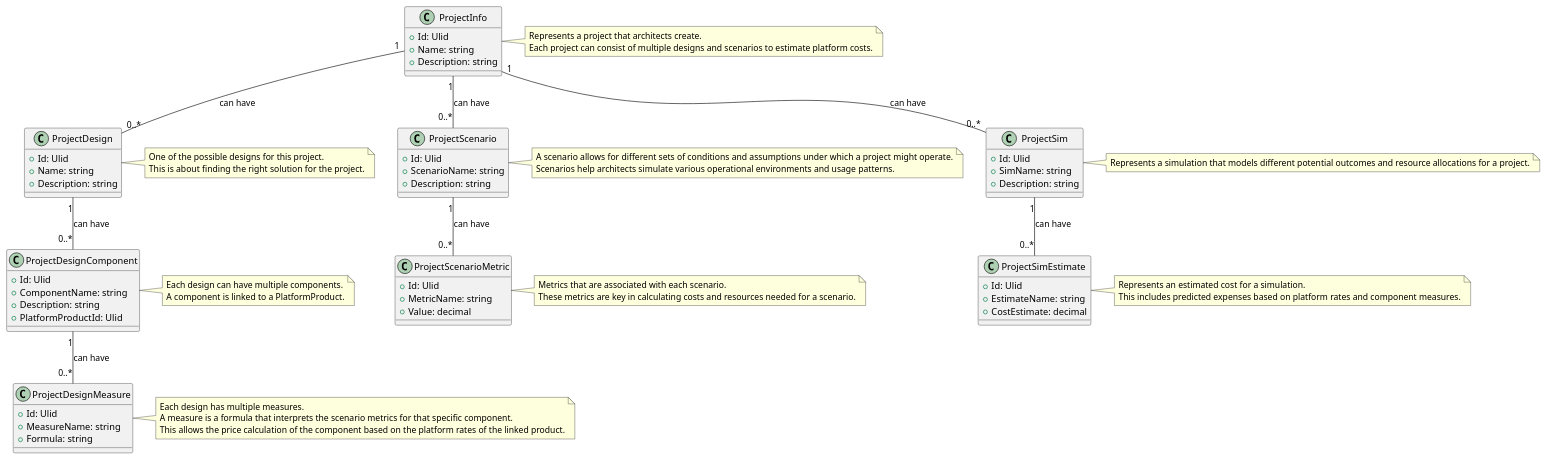
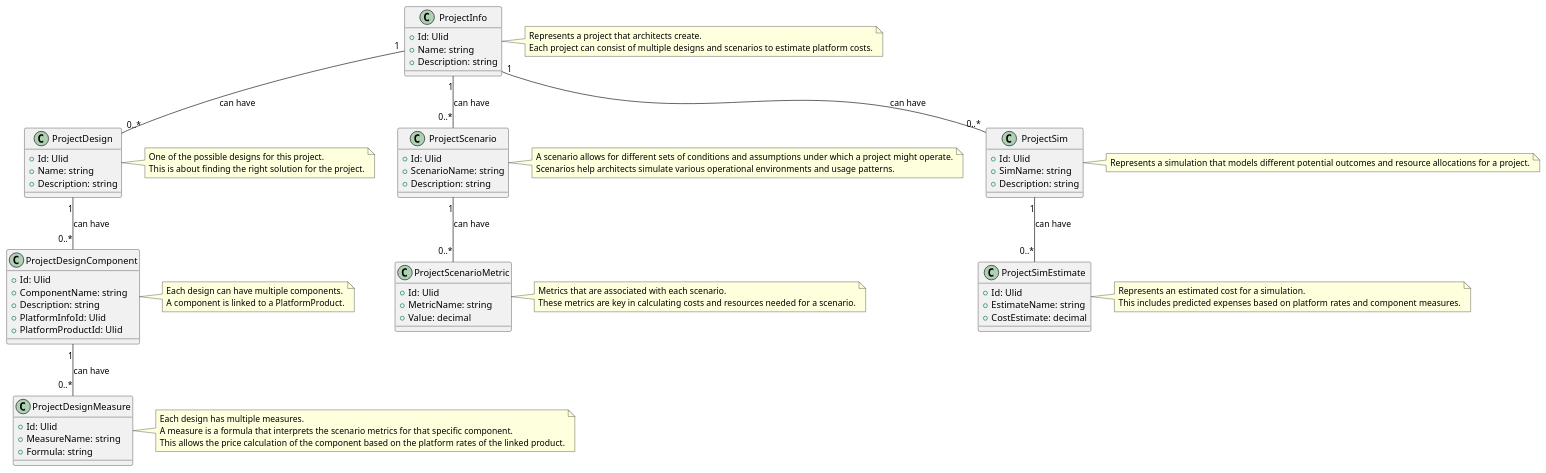
One commit to huybrechtsxyz/huybrechtsxyz changed the diagram in src/website/Huybrechts.Core/Project/_.plantuml. Above: the diagram before and after it, drawn with PlantUML. The commit also changed 24 other files, not shown here.

```diff
--- a/src/website/Huybrechts.Core/Project/_.plantuml
+++ b/src/website/Huybrechts.Core/Project/_.plantuml
@@ -1,106 +1,107 @@
 @startuml Platform CD
 
 class ProjectInfo {
     + Id: Ulid
     + Name: string
     + Description: string
 }
 
 note right of ProjectInfo
     Represents a project that architects create.
     Each project can consist of multiple designs and scenarios to estimate platform costs.
 end note
 
 class ProjectDesign {
     + Id: Ulid
     + Name: string
     + Description: string
 }
 
 note right of ProjectDesign
     One of the possible designs for this project.
     This is about finding the right solution for the project.
 end note
 
 ProjectInfo "1" -- "0..*" ProjectDesign : "can have"
 
 class ProjectDesignComponent {
     + Id: Ulid
     + ComponentName: string
     + Description: string
+    + PlatformInfoId: Ulid
     + PlatformProductId: Ulid
 }
 
 note right of ProjectDesignComponent
     Each design can have multiple components.
     A component is linked to a PlatformProduct.
 end note
 
 ProjectDesign "1" -- "0..*" ProjectDesignComponent : "can have"
 
 class ProjectDesignMeasure {
     + Id: Ulid
     + MeasureName: string
     + Formula: string
 }
 
 note right of ProjectDesignMeasure
     Each design has multiple measures.
     A measure is a formula that interprets the scenario metrics for that specific component.
     This allows the price calculation of the component based on the platform rates of the linked product.
 end note
 
 ProjectDesignComponent "1" -- "0..*" ProjectDesignMeasure : "can have"
 
 class ProjectScenario {
     + Id: Ulid
     + ScenarioName: string
     + Description: string
 }
 
 note right of ProjectScenario
     A scenario allows for different sets of conditions and assumptions under which a project might operate.
     Scenarios help architects simulate various operational environments and usage patterns.
 end note
 
 ProjectInfo "1" -- "0..*" ProjectScenario : "can have"
 
 class ProjectScenarioMetric {
     + Id: Ulid
     + MetricName: string
     + Value: decimal
 }
 
 note right of ProjectScenarioMetric
     Metrics that are associated with each scenario.
     These metrics are key in calculating costs and resources needed for a scenario.
 end note
 
 ProjectScenario "1" -- "0..*" ProjectScenarioMetric : "can have"
 
 class ProjectSim {
     + Id: Ulid
     + SimName: string
     + Description: string
 }
 
 note right of ProjectSim
     Represents a simulation that models different potential outcomes and resource allocations for a project.
 end note
 
 ProjectInfo "1" -- "0..*" ProjectSim : "can have"
 
 class ProjectSimEstimate {
     + Id: Ulid
     + EstimateName: string
     + CostEstimate: decimal
 }
 
 note right of ProjectSimEstimate
     Represents an estimated cost for a simulation.
     This includes predicted expenses based on platform rates and component measures.
 end note
 
 ProjectSim "1" -- "0..*" ProjectSimEstimate : "can have"
 
 @enduml
```
